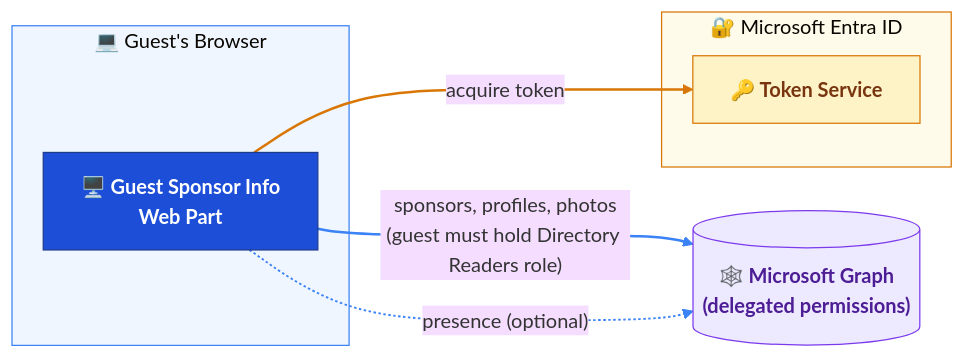
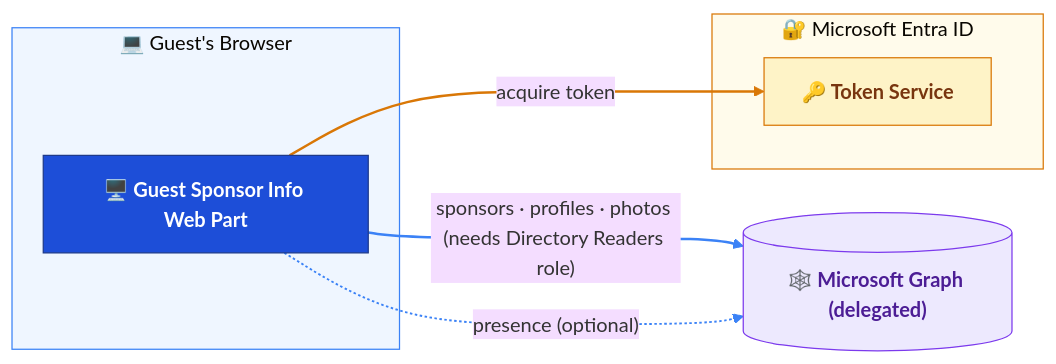
Before and after one commit to workoho/spfx-guest-sponsor-info: the second of 2 diagrams in docs/architecture-diagram.md, drawn with Mermaid (base theme). The commit also changed other lines of this file, not shown here.

First line of the commit message:
fix(diagram): replace \n line breaks with single-line labels

````diff
--- a/docs/architecture-diagram.md
+++ b/docs/architecture-diagram.md
@@ -122,27 +122,27 @@
 ```mermaid
 flowchart LR
     classDef webpart  fill:#1d4ed8,stroke:#1e3a8a,color:#ffffff,font-weight:bold
     classDef token    fill:#fef3c7,stroke:#d97706,color:#78350f,font-weight:bold
     classDef msgraph  fill:#ede9fe,stroke:#7c3aed,color:#4c1d95,font-weight:bold
 
     subgraph browser["💻 Guest's Browser"]
-        WP2["🖥️ Guest Sponsor Info\nWeb Part"]:::webpart
+        WP2["🖥️ Guest Sponsor Info Web Part"]:::webpart
     end
 
     subgraph entra2["🔐 Microsoft Entra ID"]
         TokenSvc2["🔑 Token Service"]:::token
     end
 
-    Graph2[("🕸️ Microsoft Graph\n(delegated permissions)")]:::msgraph
+    Graph2[("🕸️ Microsoft Graph (delegated)")]:::msgraph
 
     WP2 -- "acquire token" --> TokenSvc2
-    WP2 -- "sponsors, profiles, photos\n(guest must hold Directory Readers role)" --> Graph2
+    WP2 -- "sponsors · profiles · photos (needs Directory Readers role)" --> Graph2
     WP2 -. "presence (optional)" .-> Graph2
 
     style browser fill:#eff6ff,stroke:#3b82f6
     style entra2  fill:#fffbeb,stroke:#d97706
 
     linkStyle 0   stroke:#d97706,stroke-width:2px
     linkStyle 1   stroke:#3b82f6,stroke-width:2px
     linkStyle 2   stroke:#3b82f6,stroke-width:1.5px
 ```
````
